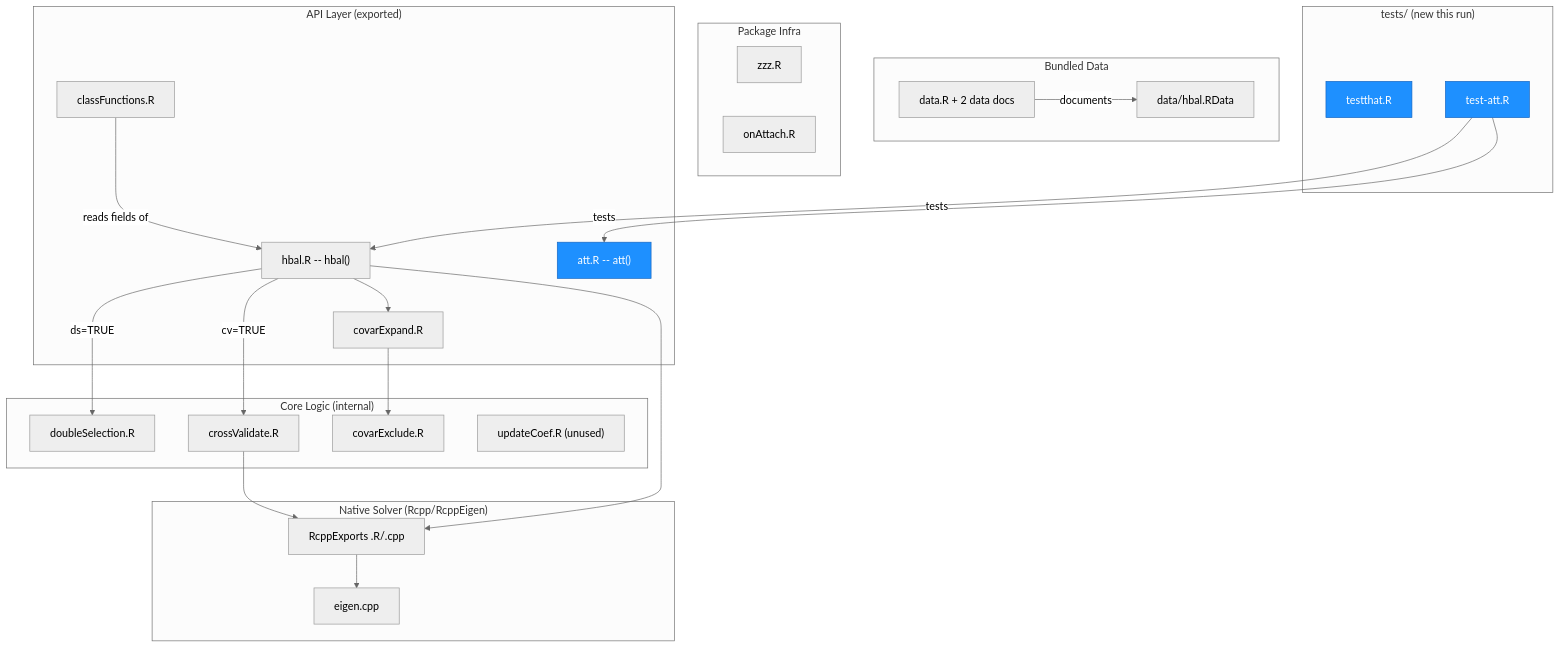
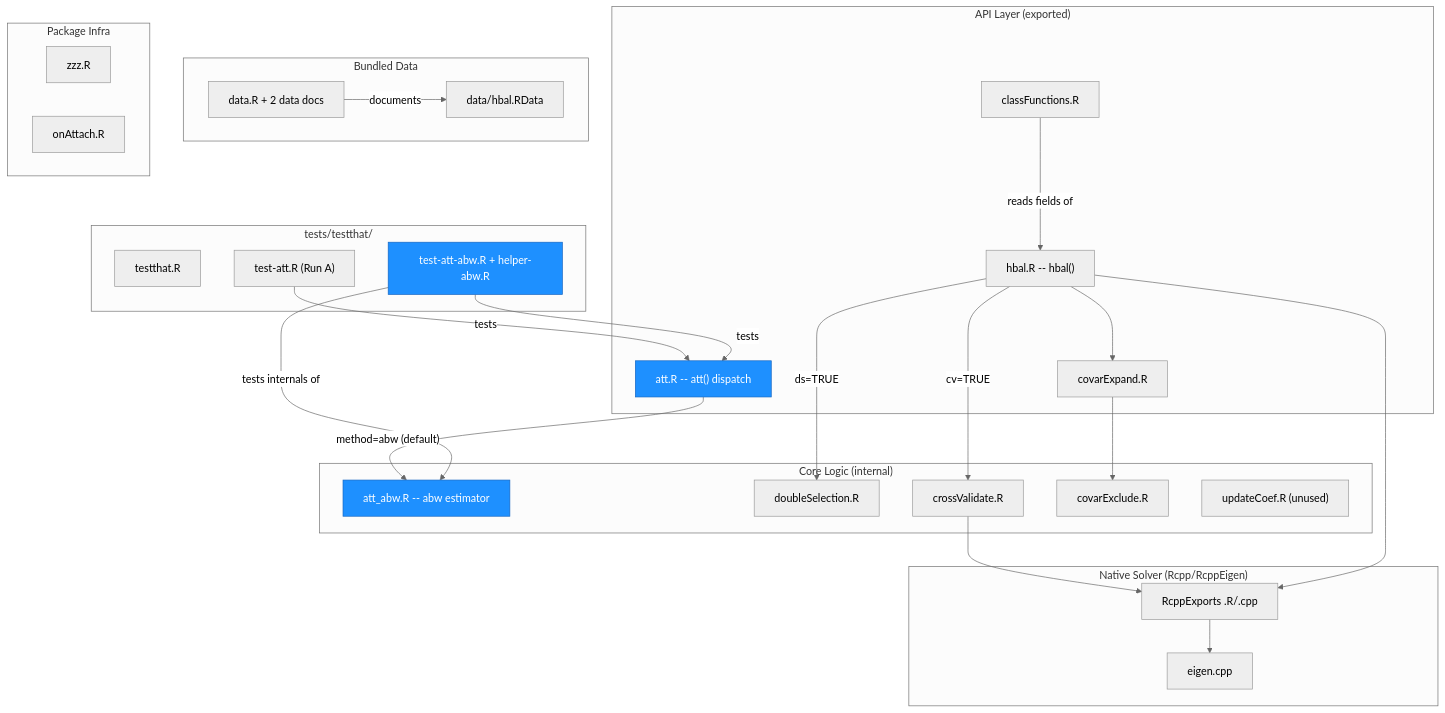
One commit to xuyiqing/hbal changed the first of 3 diagrams in ARCHITECTURE.md. Above: the diagram before and after it, drawn with Mermaid. The commit also changed other lines of this file and 5 other files, not shown here.

````diff
--- a/ARCHITECTURE.md
+++ b/ARCHITECTURE.md
@@ -13,53 +13,57 @@
 ```mermaid
 %%{init: {'theme': 'neutral'}}%%
 graph TD
     subgraph API["API Layer (exported)"]
         A1["hbal.R -- hbal()"]
-        A2["att.R -- att()"]
+        A2["att.R -- att() dispatch"]
         A3["covarExpand.R"]
         A4["classFunctions.R"]
     end
 
     subgraph Core["Core Logic (internal)"]
+        C0["att_abw.R -- abw estimator"]
         C1["doubleSelection.R"]
         C2["crossValidate.R"]
         C3["covarExclude.R"]
         C4["updateCoef.R (unused)"]
     end
 
     subgraph Native["Native Solver (Rcpp/RcppEigen)"]
         N1["RcppExports .R/.cpp"]
         N2["eigen.cpp"]
     end
 
     subgraph Data["Bundled Data"]
         D1["data.R + 2 data docs"]
         D2["data/hbal.RData"]
     end
 
     subgraph Infra["Package Infra"]
         U1["zzz.R"]
         U2["onAttach.R"]
     end
 
-    subgraph Tests["tests/ (new this run)"]
+    subgraph Tests["tests/testthat/"]
         T1["testthat.R"]
-        T2["test-att.R"]
+        T2["test-att.R (Run A)"]
+        T3["test-att-abw.R + helper-abw.R"]
     end
 
     A1 --> A3
     A3 --> C3
     A1 -->|"ds=TRUE"| C1
     A1 -->|"cv=TRUE"| C2
     C2 --> N1
     A1 --> N1
     N1 --> N2
+    A2 -->|"method=abw (default)"| C0
     A4 -->|"reads fields of"| A1
     D1 -->|"documents"| D2
-    T2 -->|"tests"| A1
     T2 -->|"tests"| A2
+    T3 -->|"tests"| A2
+    T3 -->|"tests internals of"| C0
 
     style A2 fill:#1e90ff,stroke:#1565c0,color:#fff
-    style T1 fill:#1e90ff,stroke:#1565c0,color:#fff
-    style T2 fill:#1e90ff,stroke:#1565c0,color:#fff
+    style C0 fill:#1e90ff,stroke:#1565c0,color:#fff
+    style T3 fill:#1e90ff,stroke:#1565c0,color:#fff
 ```
````
